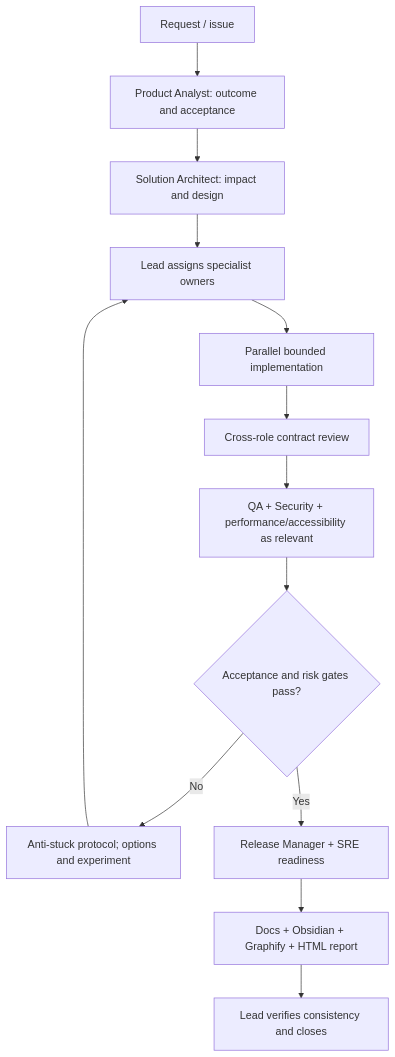
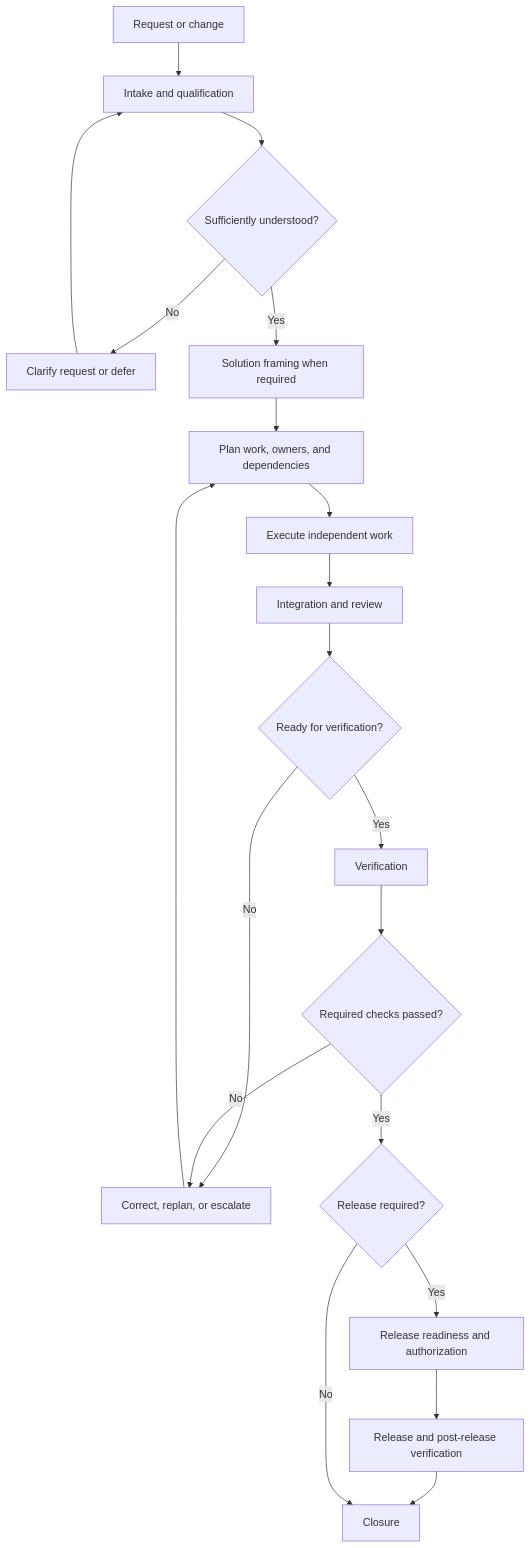
Before and after one commit to crississipi/universal-engineering-team: the diagram in docs/team/workflow.md, drawn with Mermaid. The commit also changed other lines of this file and 1 other file, not shown here.

Commit message:
docs(workflow): define lifecycle and execution stages

````diff
--- a/docs/team/workflow.md
+++ b/docs/team/workflow.md
@@ -3,15 +3,32 @@
 ```mermaid
+
 flowchart TD
-  A[Request / issue] --> B[Product Analyst: outcome and acceptance]
-  B --> C[Solution Architect: impact and design]
-  C --> D[Lead assigns specialist owners]
-  D --> E[Parallel bounded implementation]
-  E --> F[Cross-role contract review]
-  F --> G[QA + Security + performance/accessibility as relevant]
-  G --> H{Acceptance and risk gates pass?}
-  H -- No --> I[Anti-stuck protocol; options and experiment]
-  I --> D
-  H -- Yes --> J[Release Manager + SRE readiness]
-  J --> K[Docs + Obsidian + Graphify + HTML report]
-  K --> L[Lead verifies consistency and closes]
+    A["Request or change"] --> B["Intake and qualification"]
+    B --> C{"Sufficiently understood?"}
+
+    C -- "No" --> D["Clarify request or defer"]
+    D --> B
+
+    C -- "Yes" --> E["Solution framing when required"]
+    E --> F["Plan work, owners, and dependencies"]
+    F --> G["Execute independent work"]
+
+    G --> H["Integration and review"]
+    H --> I{"Ready for verification?"}
+
+    I -- "No" --> J["Correct, replan, or escalate"]
+    J --> F
+
+    I -- "Yes" --> K["Verification"]
+    K --> L{"Required checks passed?"}
+
+    L -- "No" --> J
+    L -- "Yes" --> M{"Release required?"}
+
+    M -- "Yes" --> N["Release readiness and authorization"]
+    N --> O["Release and post-release verification"]
+    O --> P["Closure"]
+
+    M -- "No" --> P
+
 ```
````
